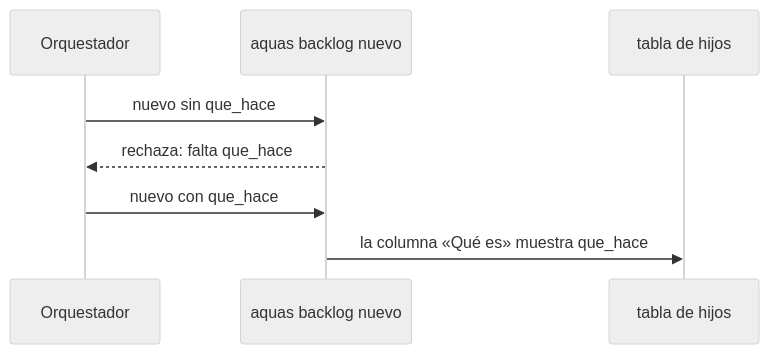
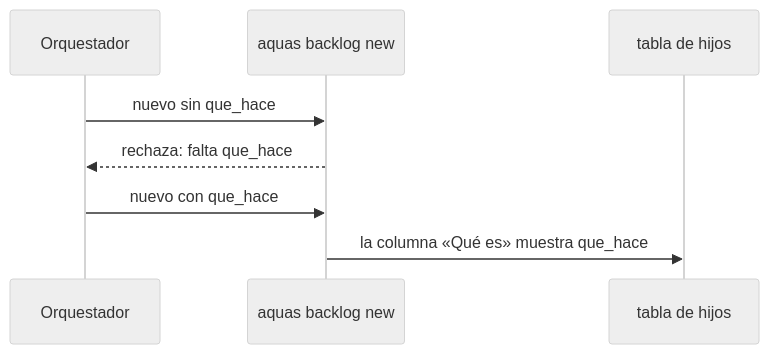
Before and after one commit to jliberal-aquas/aquas-central-harness-government: the diagram in docs/E001/F002/S011.md, drawn with Mermaid (neutral theme). The commit also changed other lines of this file and 184 other files, not shown here.

````diff
--- a/docs/E001/F002/S011.md
+++ b/docs/E001/F002/S011.md
@@ -53,10 +53,10 @@
 ```mermaid
 sequenceDiagram
     participant O as Orquestador
-    participant B as aquas backlog nuevo
+    participant B as aquas backlog new
     participant W as tabla de hijos
     O->>B: nuevo sin que_hace
     B-->>O: rechaza: falta que_hace
     O->>B: nuevo con que_hace
     B->>W: la columna «Qué es» muestra que_hace
 ```
````
